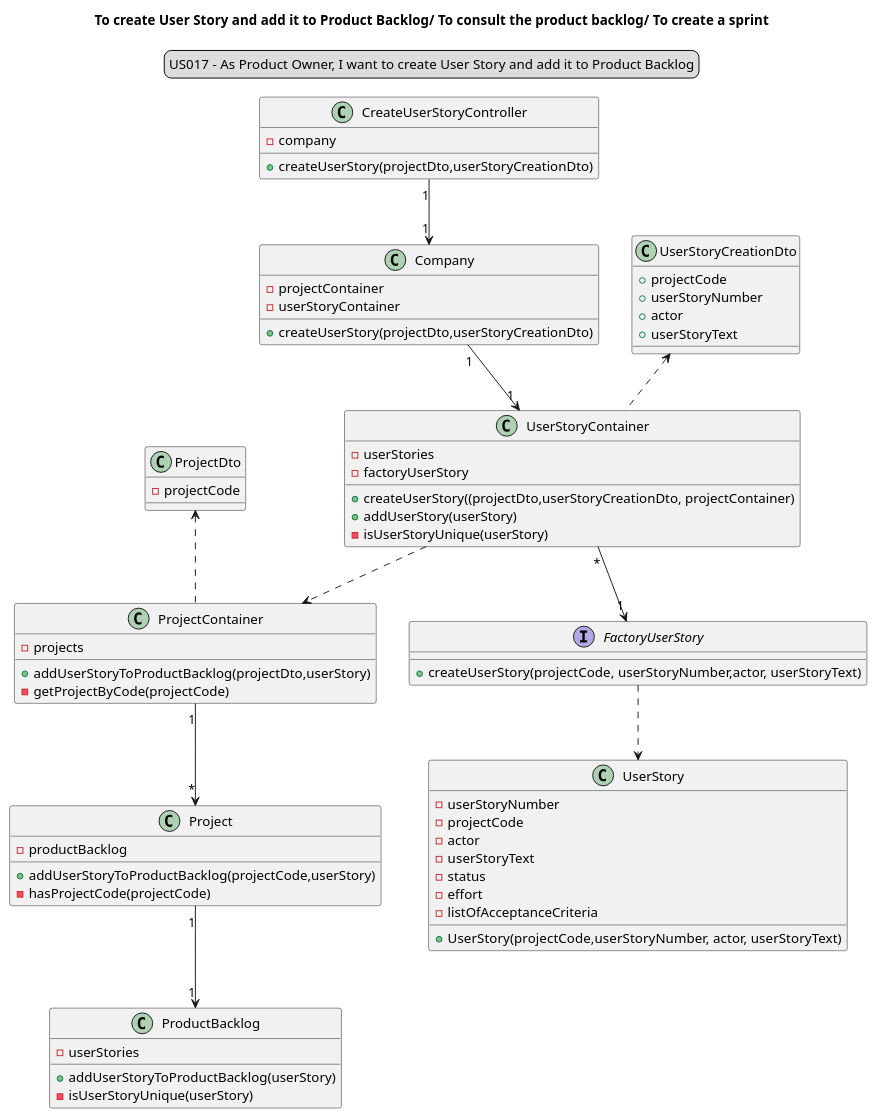
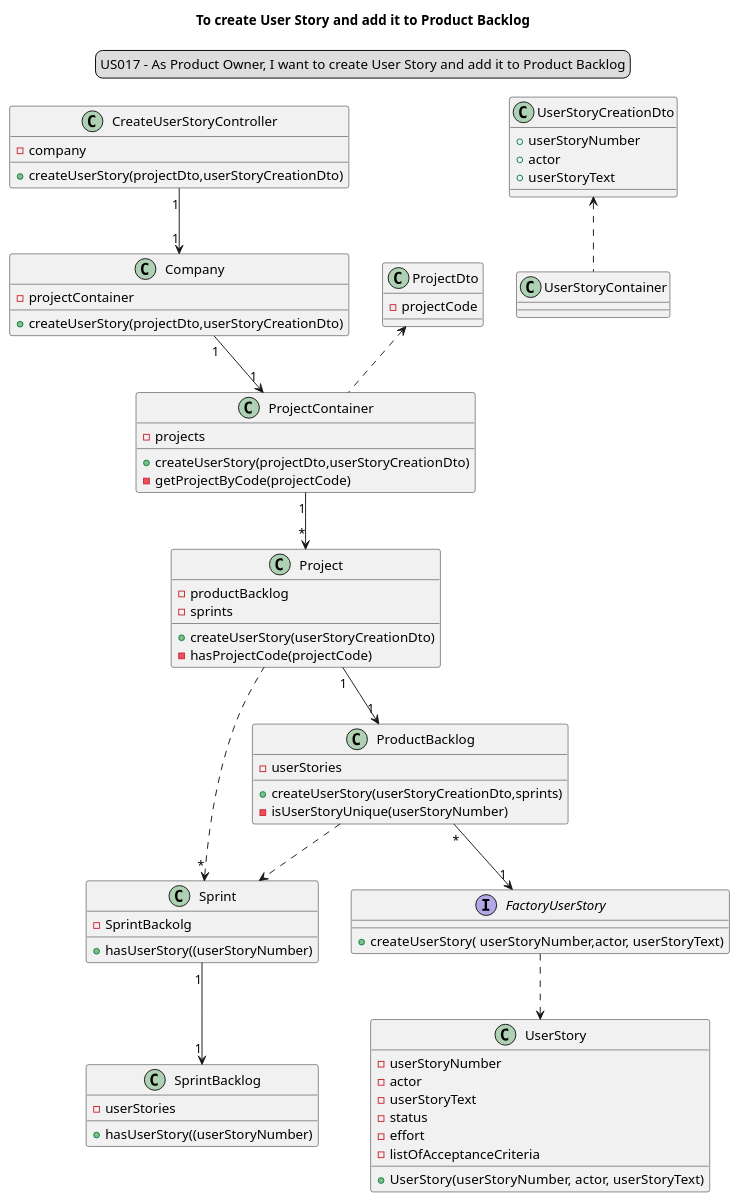
Before and after one commit to Loracline/project_switch_22-23: the diagram in docs/modelling_design/user_stories/sprint03/us017/US017_classDiagram.puml, drawn with PlantUML. The commit also changed 1 other file, not shown here.

```diff
--- a/docs/modelling_design/user_stories/sprint03/us017/US017_classDiagram.puml
+++ b/docs/modelling_design/user_stories/sprint03/us017/US017_classDiagram.puml
@@ -1,79 +1,81 @@
 @startuml
 'https://plantuml.com/sequence-diagram
 legend top
 US017 - As Product Owner, I want to create User Story and add it to Product Backlog
 end legend
 skinparam sequenceMessageAlign center
-title To create User Story and add it to Product Backlog/ To consult the product backlog/ To create a sprint
+title To create User Story and add it to Product Backlog
 
 class "CreateUserStoryController" {
 - company
 + createUserStory(projectDto,userStoryCreationDto)
 }
 
 class "Company" {
 - projectContainer
-- userStoryContainer
 + createUserStory(projectDto,userStoryCreationDto)
 }
 
-class "UserStoryContainer"{
--userStories
--factoryUserStory
-+createUserStory((projectDto,userStoryCreationDto, projectContainer)
-+addUserStory(userStory)
--isUserStoryUnique(userStory)
-
-}
 
 class "ProjectContainer" {
 - projects
-+ addUserStoryToProductBacklog(projectDto,userStory)
++ createUserStory(projectDto,userStoryCreationDto)
 -getProjectByCode(projectCode)
 }
 
 class "Project"{
 - productBacklog
-+ addUserStoryToProductBacklog(projectCode,userStory)
+- sprints
++ createUserStory(userStoryCreationDto)
 - hasProjectCode(projectCode)
 
 }
+class "Sprint"{
+-SprintBackolg
++hasUserStory((userStoryNumber)
+}
+
+class "SprintBacklog"{
+-userStories
++hasUserStory((userStoryNumber)
+}
+
 class "ProductBacklog" {
 - userStories
-+ addUserStoryToProductBacklog(userStory)
-- isUserStoryUnique(userStory)
++ createUserStory(userStoryCreationDto,sprints)
+- isUserStoryUnique(userStoryNumber)
 }
 class "UserStory"{
 - userStoryNumber
-- projectCode
 - actor
 - userStoryText
 - status
 - effort
 - listOfAcceptanceCriteria
-+ UserStory(projectCode,userStoryNumber, actor, userStoryText)
++ UserStory(userStoryNumber, actor, userStoryText)
 }
 
 interface "FactoryUserStory" {
-+ createUserStory(projectCode, userStoryNumber,actor, userStoryText)
++ createUserStory( userStoryNumber,actor, userStoryText)
 }
 class "UserStoryCreationDto"{
-+projectCode
 +userStoryNumber
 +actor
 +userStoryText
 }
 class "ProjectDto"{
 -projectCode
 }
 
 "CreateUserStoryController""1"-->"1" "Company"
-"Company" "1"--> "1" "UserStoryContainer"
-"UserStoryContainer" "*" --> "1""FactoryUserStory"
-"UserStoryContainer" ..> "ProjectContainer"
+"Company" "1"--> "1" "ProjectContainer"
 "ProjectContainer" "1"-->"*" "Project"
 "Project" "1" -->"1" "ProductBacklog"
+"Sprint" "*"<.. "Project"
+"ProductBacklog" "*" --> "1""FactoryUserStory"
 "FactoryUserStory" ..> "UserStory"
 "ProjectDto"<.. "ProjectContainer"
 "UserStoryCreationDto"<.."UserStoryContainer"
+"ProductBacklog" ..> "Sprint"
+"Sprint" "1"-->"1" "SprintBacklog"
 @enduml
```
